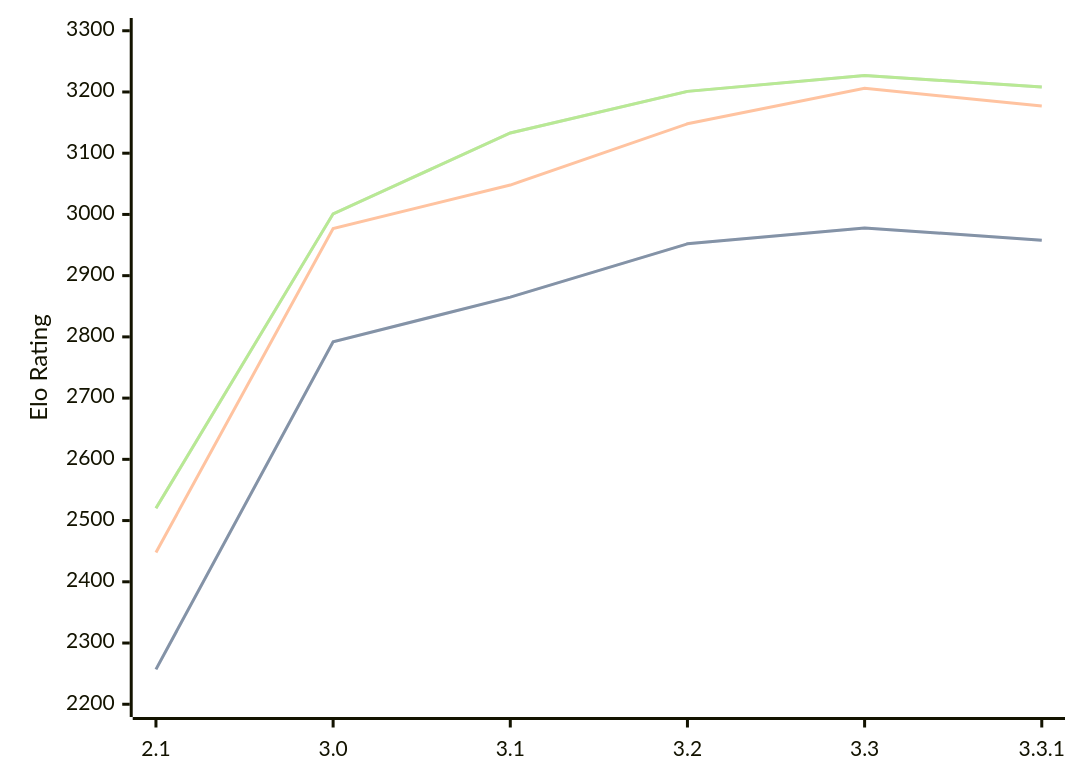
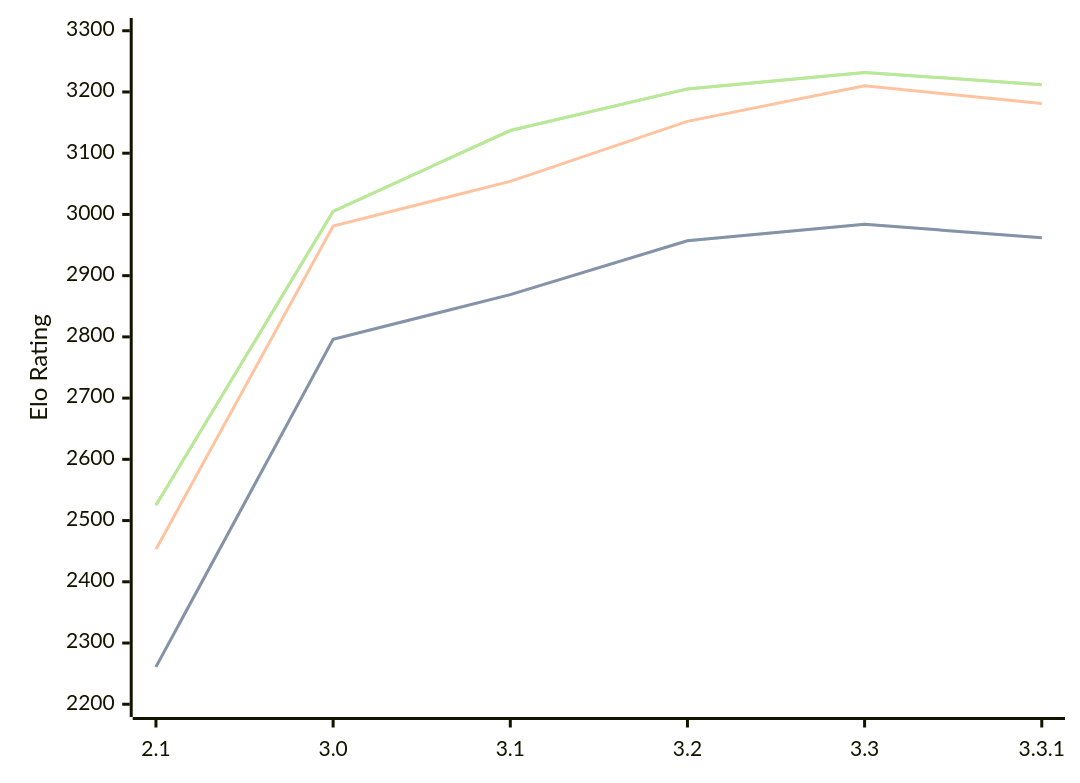
Before and after one commit to computer-chess-index/cci: the diagram in engines/Petrel.md, drawn with Mermaid. The commit also changed other lines of this file, not shown here.

Commit message:
Update CCI Ratings (ELO VLTC) - 2026-04-18

````diff
--- a/engines/Petrel.md
+++ b/engines/Petrel.md
@@ -45,11 +45,11 @@
 ```mermaid
 %%{init: {"theme":"base","themeVariables":{"seriesColors:['#a3a3a3','#222221','#faa371']}}}%%
 xychart-beta
   x-axis ["2.1", "3.0", "3.1", "3.2", "3.3", "3.3.1"]
   y-axis "Elo Rating" 2200 --> 3300
-  line "STC (8.0+0.08s)" [2257, 2792, 2865, 2952, 2978, 2958]
-  line "STC (8.0+0.08s)" [2257, 2792, 2865, 2952, 2978, 2958]
-  line "LTC (60.0+0.60s)" [2448, 2977, 3048, 3148, 3206, 3177]
-  line "VLTC (2m24s+1.12s)" [2520, 3001, 3133, 3201, 3227, 3208]
-  line "VLTC (2m24s+1.12s)" [2520, 3001, 3133, 3201, 3227, 3208]
+  line "STC (8.0+0.08s)" [2261, 2796, 2869, 2957, 2984, 2962]
+  line "STC (8.0+0.08s)" [2261, 2796, 2869, 2957, 2984, 2962]
+  line "LTC (60.0+0.60s)" [2453, 2981, 3054, 3152, 3210, 3181]
+  line "VLTC (2m24s+1.12s)" [2525, 3005, 3137, 3205, 3232, 3212]
+  line "VLTC (2m24s+1.12s)" [2525, 3005, 3137, 3205, 3232, 3212]
 ```
````
